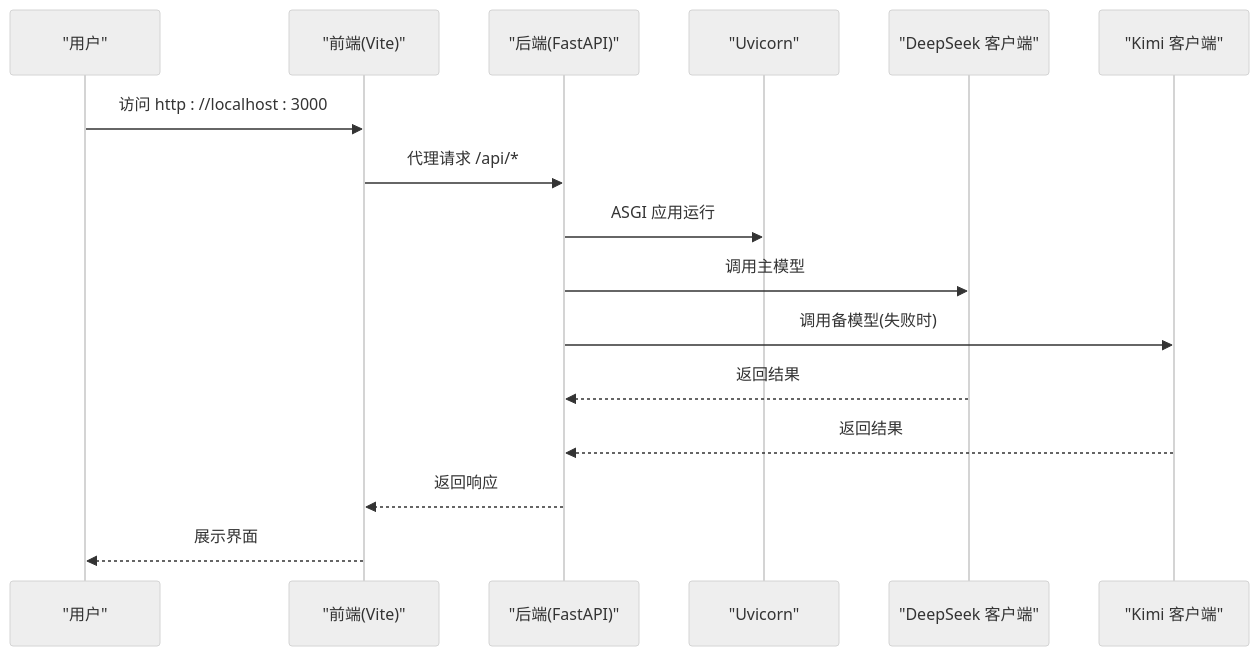
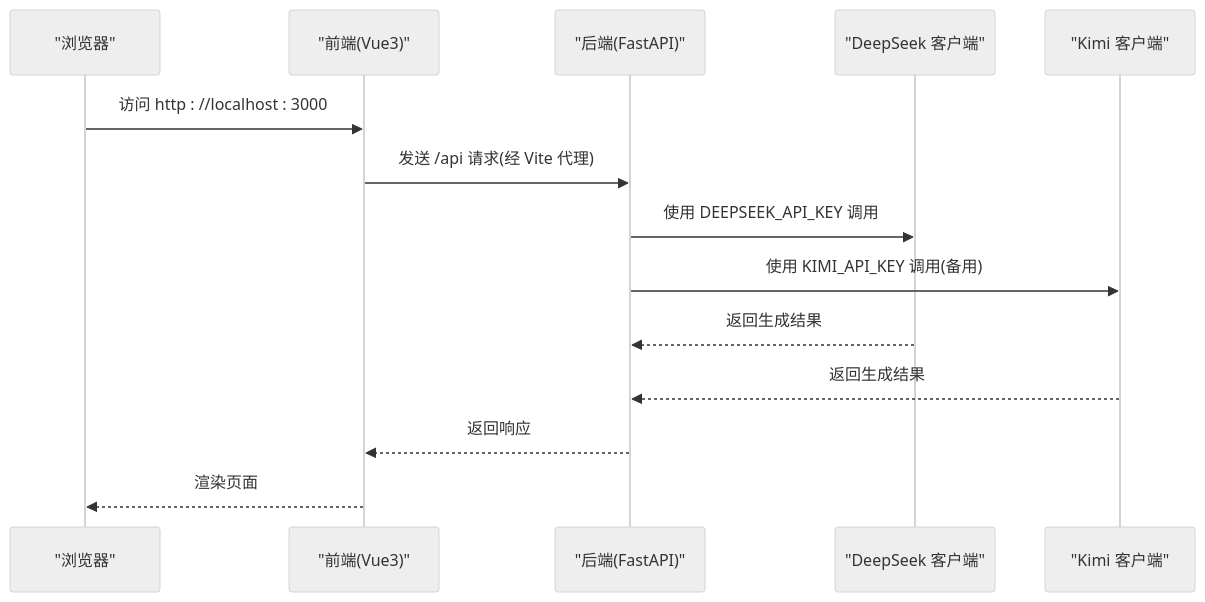
One commit to octsfm/InkTrace changed the second of 7 diagrams in .qoder/repowiki/zh/content/快速开始.md. Above: the diagram before and after it, drawn with Mermaid (neutral theme). The commit also changed other lines of this file and 179 other files, not shown here.

````diff
--- a/.qoder/repowiki/zh/content/快速开始.md
+++ b/.qoder/repowiki/zh/content/快速开始.md
@@ -126,18 +84,16 @@
 ```mermaid
 sequenceDiagram
-participant User as "用户"
-participant FE as "前端(Vite)"
+participant Browser as "浏览器"
+participant FE as "前端(Vue3)"
 participant API as "后端(FastAPI)"
-participant UV as "Uvicorn"
-participant DS1 as "DeepSeek 客户端"
-participant DS2 as "Kimi 客户端"
-User->>FE : 访问 http : //localhost : 3000
-FE->>API : 代理请求 /api/*
-API->>UV : ASGI 应用运行
-API->>DS1 : 调用主模型
-API->>DS2 : 调用备模型(失败时)
-DS1-->>API : 返回结果
-DS2-->>API : 返回结果
+participant DS as "DeepSeek 客户端"
+participant KM as "Kimi 客户端"
+Browser->>FE : 访问 http : //localhost : 3000
+FE->>API : 发送 /api 请求(经 Vite 代理)
+API->>DS : 使用 DEEPSEEK_API_KEY 调用
+API->>KM : 使用 KIMI_API_KEY 调用(备用)
+DS-->>API : 返回生成结果
+KM-->>API : 返回生成结果
 API-->>FE : 返回响应
-FE-->>User : 展示界面
+FE-->>Browser : 渲染页面
 ```
````
